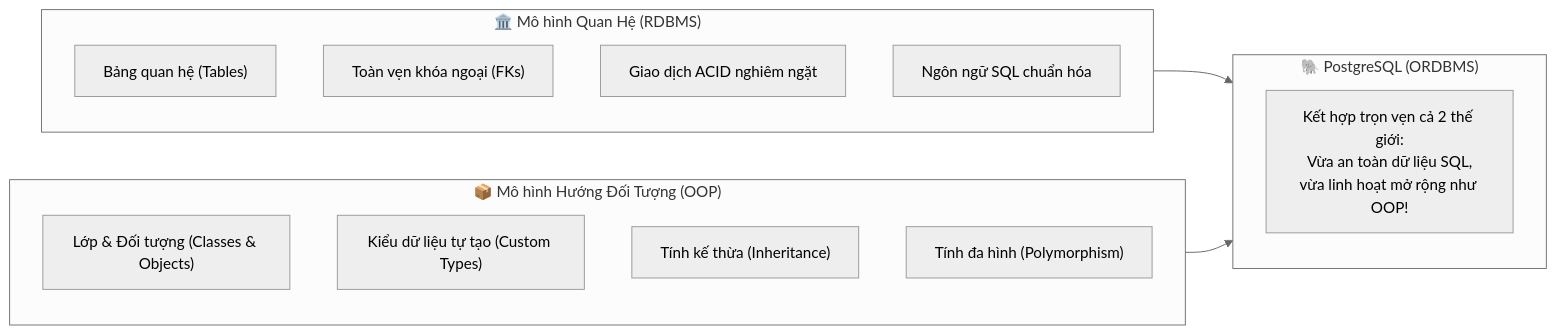
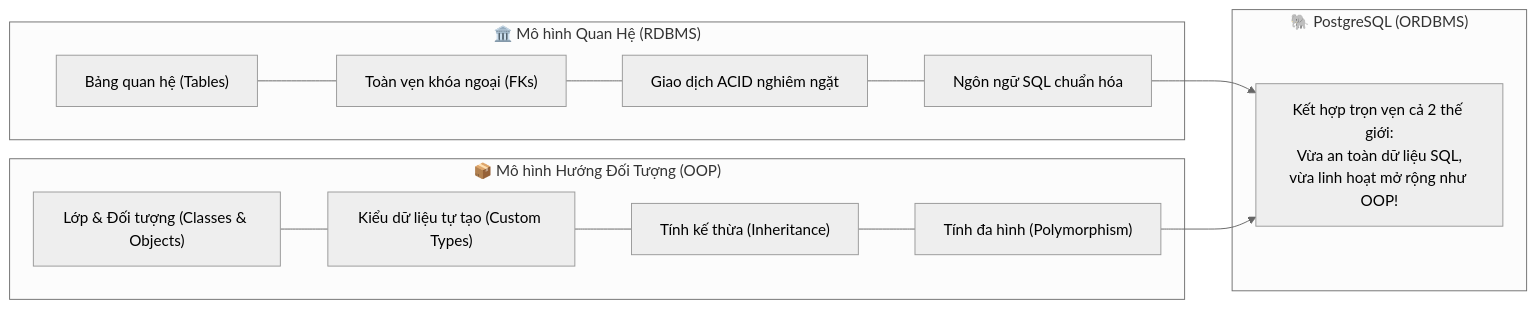
One commit to thinhtm123/BE changed the first of 2 diagrams in PostgreSQL/04_object_model.md. Above: the diagram before and after it, drawn with Mermaid (neutral theme). The commit also changed 15 other files, not shown here.

````diff
--- a/PostgreSQL/04_object_model.md
+++ b/PostgreSQL/04_object_model.md
@@ -12,26 +12,25 @@
 ```mermaid
 flowchart LR
     subgraph RDBMS["🏛️ Mô hình Quan Hệ (RDBMS)"]
-        direction TB
         R1["Bảng quan hệ (Tables)"]
         R2["Toàn vẹn khóa ngoại (FKs)"]
         R3["Giao dịch ACID nghiêm ngặt"]
         R4["Ngôn ngữ SQL chuẩn hóa"]
+        R1 --- R2 --- R3 --- R4
     end
 
     subgraph OODBMS["📦 Mô hình Hướng Đối Tượng (OOP)"]
-        direction TB
         O1["Lớp & Đối tượng (Classes & Objects)"]
         O2["Kiểu dữ liệu tự tạo (Custom Types)"]
         O3["Tính kế thừa (Inheritance)"]
         O4["Tính đa hình (Polymorphism)"]
+        O1 --- O2 --- O3 --- O4
     end
 
     subgraph ORDBMS["🐘 PostgreSQL (ORDBMS)"]
-        direction TB
-        M1["Kết hợp trọn vẹn cả 2 thế giới:\nVừa an toàn dữ liệu SQL,\nvừa linh hoạt mở rộng như OOP!"]
+        M1["Kết hợp trọn vẹn cả 2 thế giới:<br/>Vừa an toàn dữ liệu SQL,<br/>vừa linh hoạt mở rộng như OOP!"]
     end
 
-    RDBMS --> ORDBMS
-    OODBMS --> ORDBMS
+    R4 --> M1
+    O4 --> M1
 ```
````
